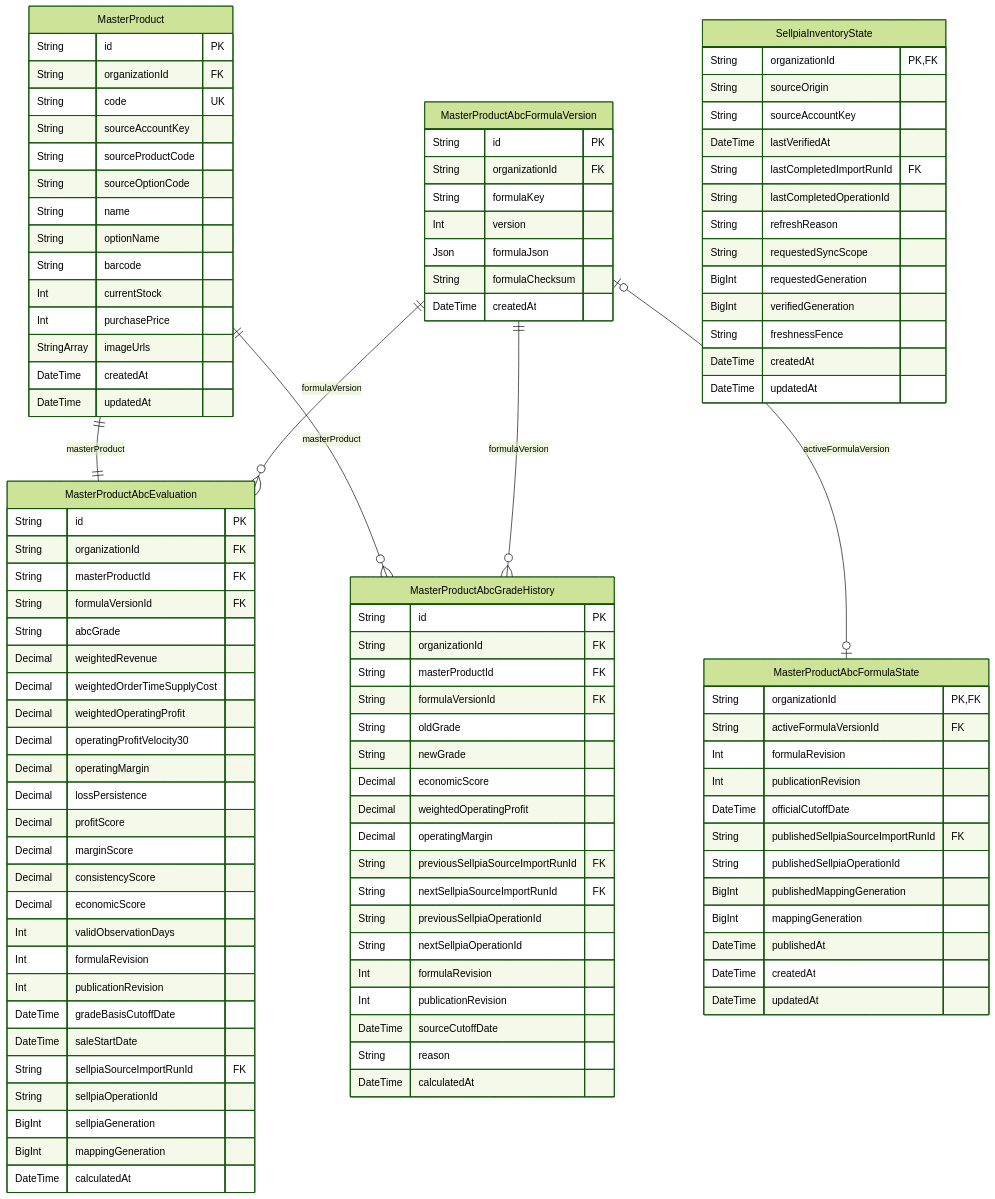
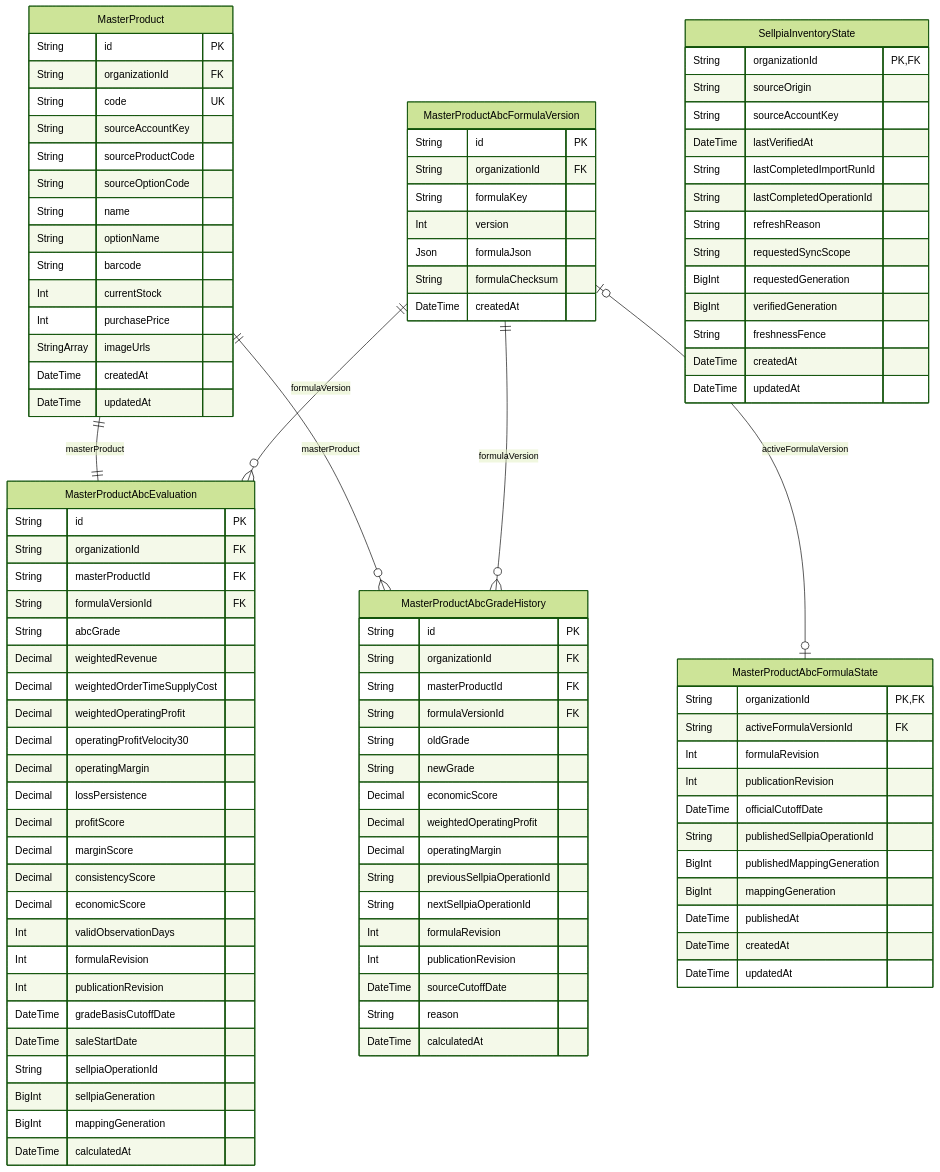
Before and after one commit to AgentFoundry-Labs/kiditem: the diagram in docs/erd/products.md, drawn with Mermaid (forest theme). The commit also changed other lines of this file and 196 other files, not shown here.

Commit message:
feat(KID-388, KID-365): 확장 런타임 재설계 wave9a 삭제 — 로켓 워크북 진행을 셀피아 전송 실행 capability로(회귀 수정), 옛 전송 intent·옛 실행 표 7개 drop과 FK 스칼라화(pre-schema 035·036), run 이름·factDates·래퍼·죽은 헬퍼·KID-237 삭제 축 정리 (#589)

```diff
--- a/docs/erd/products.md
+++ b/docs/erd/products.md
@@ -57,7 +57,6 @@
     Int publicationRevision
     DateTime gradeBasisCutoffDate
     DateTime saleStartDate
-    String sellpiaSourceImportRunId FK
     String sellpiaOperationId
     BigInt sellpiaGeneration
     BigInt mappingGeneration
@@ -69,7 +68,6 @@
     Int formulaRevision
     Int publicationRevision
     DateTime officialCutoffDate
-    String publishedSellpiaSourceImportRunId FK
     String publishedSellpiaOperationId
     BigInt publishedMappingGeneration
     BigInt mappingGeneration
@@ -96,8 +94,6 @@
     Decimal economicScore
     Decimal weightedOperatingProfit
     Decimal operatingMargin
-    String previousSellpiaSourceImportRunId FK
-    String nextSellpiaSourceImportRunId FK
     String previousSellpiaOperationId
     String nextSellpiaOperationId
     Int formulaRevision
@@ -111,7 +107,7 @@
     String sourceOrigin
     String sourceAccountKey
     DateTime lastVerifiedAt
-    String lastCompletedImportRunId FK
+    String lastCompletedImportRunId
     String lastCompletedOperationId
     String refreshReason
     String requestedSyncScope
```
